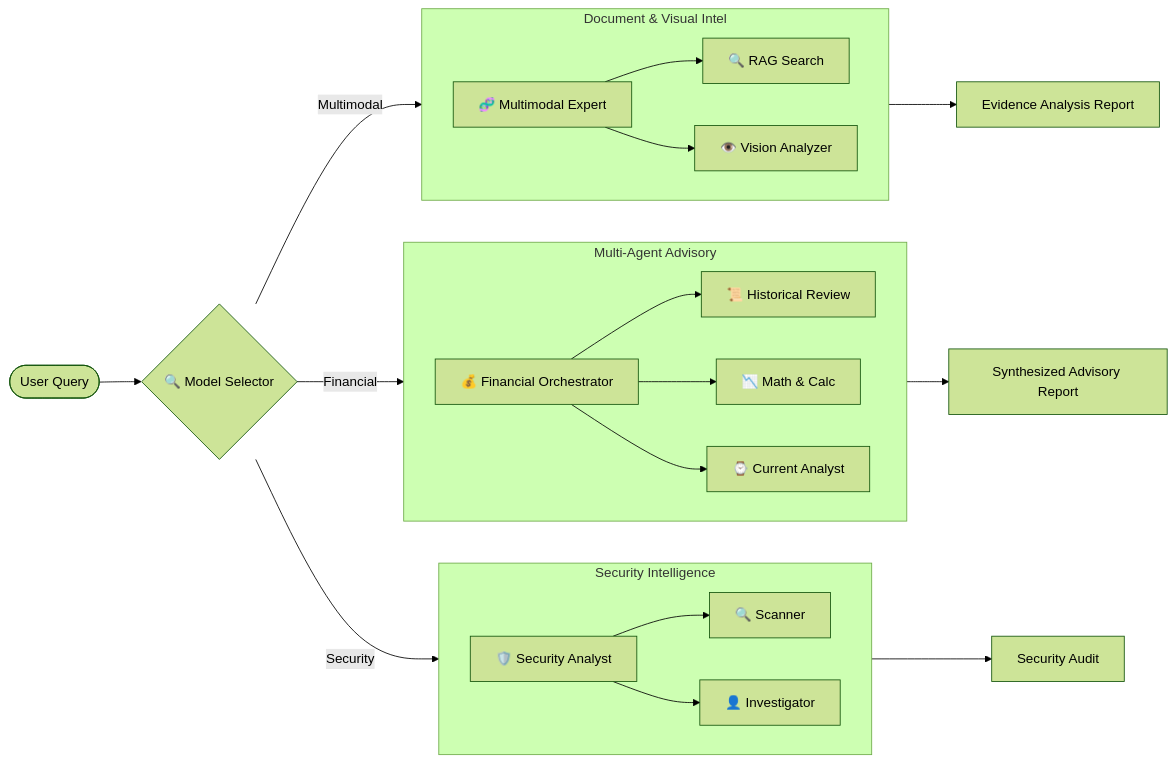
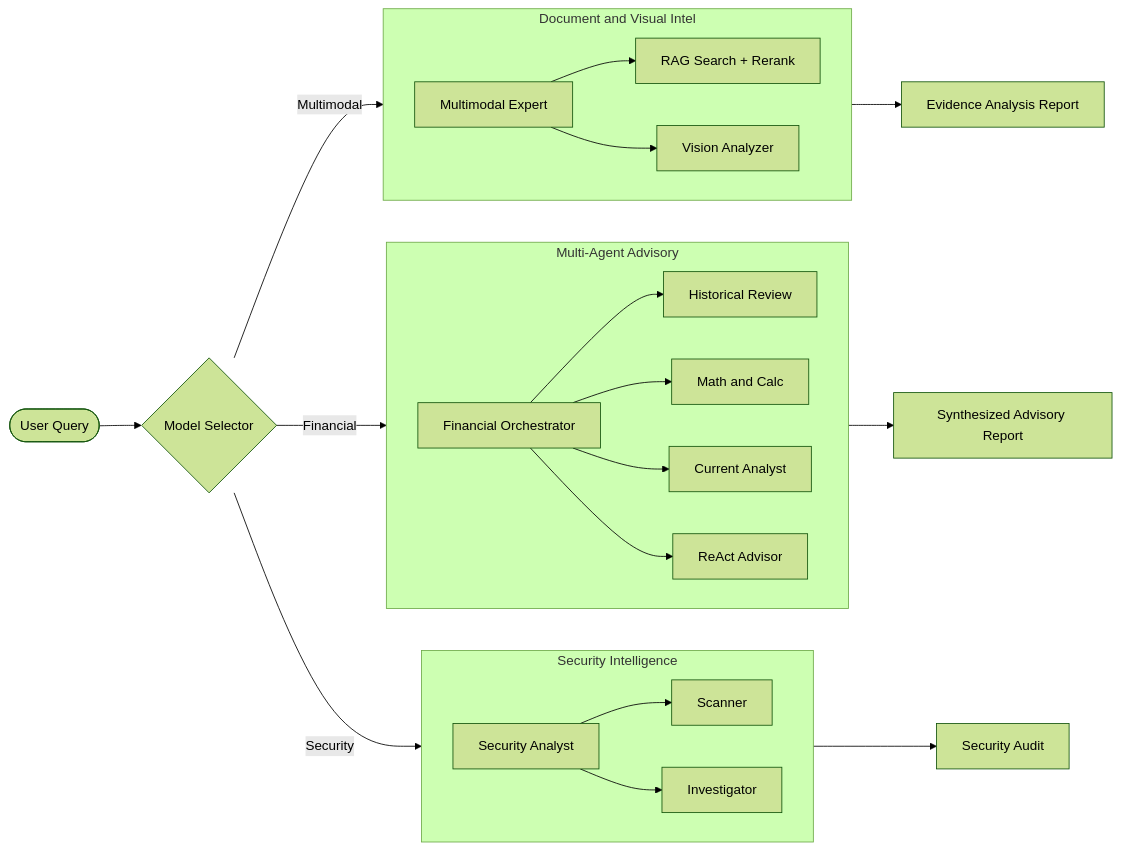
Before and after one commit to ladkrutarth/Hands-On-Week-4: the second of 4 diagrams in README.md, drawn with Mermaid (forest theme). The commit also changed other lines of this file and 85 other files, not shown here.

````diff
--- a/README.md
+++ b/README.md
@@ -112,32 +120,32 @@
 ```mermaid
 graph LR
-    User([User Query]) --> ModelSelector{🔍 Model Selector}
+    User([User Query]) --> ModelSelector{Model Selector}
     
-    ModelSelector -->|Security| SecAnalyst[🛡️ Security Analyst]
-    ModelSelector -->|Financial| FinOrchestrator[💰 Financial Orchestrator]
-    ModelSelector -->|Multimodal| MultiAnalyst[🧬 Multimodal Expert]
+    ModelSelector -->|Security| SecAnalyst[Security Analyst]
+    ModelSelector -->|Financial| FinOrchestrator[Financial Orchestrator]
+    ModelSelector -->|Multimodal| MultiAnalyst[Multimodal Expert]
 
     subgraph Security_Domain [Security Intelligence]
         direction LR
-        SecAnalyst --> Scanner[🔍 Scanner]
-        SecAnalyst --> Profile[👤 Investigator]
+        SecAnalyst --> Scanner[Scanner]
+        SecAnalyst --> Profile[Investigator]
     end
 
     subgraph Financial_Domain [Multi-Agent Advisory]
         direction LR
-        FinOrchestrator --> HistAgent["📜 Historical Review"]
-        FinOrchestrator --> CalcAgent["📉 Math & Calc"]
-        FinOrchestrator --> CurrAgent["⌚ Current Analyst"]
+        FinOrchestrator --> HistAgent[Historical Review]
+        FinOrchestrator --> CalcAgent[Math and Calc]
+        FinOrchestrator --> CurrAgent[Current Analyst]
+        FinOrchestrator --> ReactLoop[ReAct Advisor]
     end
 
-    subgraph Multimodal_Domain [Document & Visual Intel]
+    subgraph Multimodal_Domain [Document and Visual Intel]
         direction LR
-        MultiAnalyst --> RAG[🔍 RAG Search]
-        MultiAnalyst --> Vision[👁️ Vision Analyzer]
+        MultiAnalyst --> RAG[RAG Search + Rerank]
+        MultiAnalyst --> Vision[Vision Analyzer]
     end
 
     Security_Domain --> Report[Security Audit]
     Financial_Domain --> Report2[Synthesized Advisory Report]
     Multimodal_Domain --> Report3[Evidence Analysis Report]
-
 ```
````
